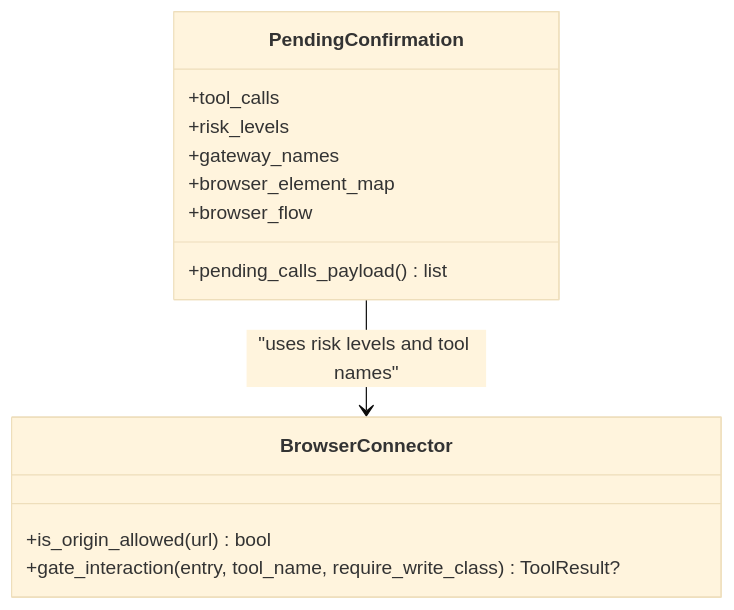
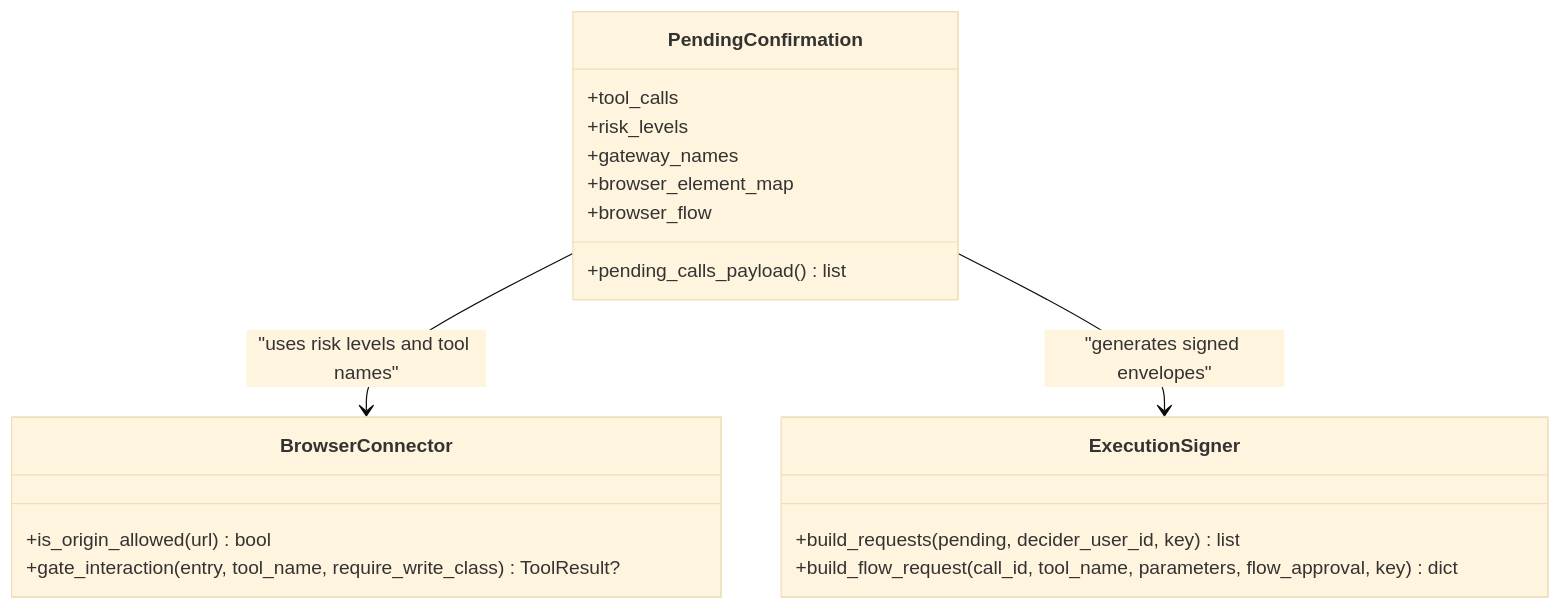
Before and after one commit to metasync/luban-aiops: the fifth of 8 diagrams in .qoder/repowiki/en/content/Architecture Documentation/SPEC-054_ Action-Level Approval and Change Request Card.md, drawn with Mermaid (base theme). The commit also changed other lines of this file and 24 other files, not shown here.

````diff
--- a/.qoder/repowiki/en/content/Architecture Documentation/SPEC-054_ Action-Level Approval and Change Request Card.md
+++ b/.qoder/repowiki/en/content/Architecture Documentation/SPEC-054_ Action-Level Approval and Change Request Card.md
@@ -168,16 +209,21 @@
 ```mermaid
 classDiagram
 class PendingConfirmation {
 +tool_calls
 +risk_levels
 +gateway_names
 +browser_element_map
 +browser_flow
 +pending_calls_payload() list
 }
 class BrowserConnector {
 +is_origin_allowed(url) bool
 +gate_interaction(entry, tool_name, require_write_class) ToolResult?
 }
+class ExecutionSigner {
++build_requests(pending, decider_user_id, key) list
++build_flow_request(call_id, tool_name, parameters, flow_approval, key) dict
+}
 PendingConfirmation --> BrowserConnector : "uses risk levels and tool names"
+PendingConfirmation --> ExecutionSigner : "generates signed envelopes"
 ```
````
